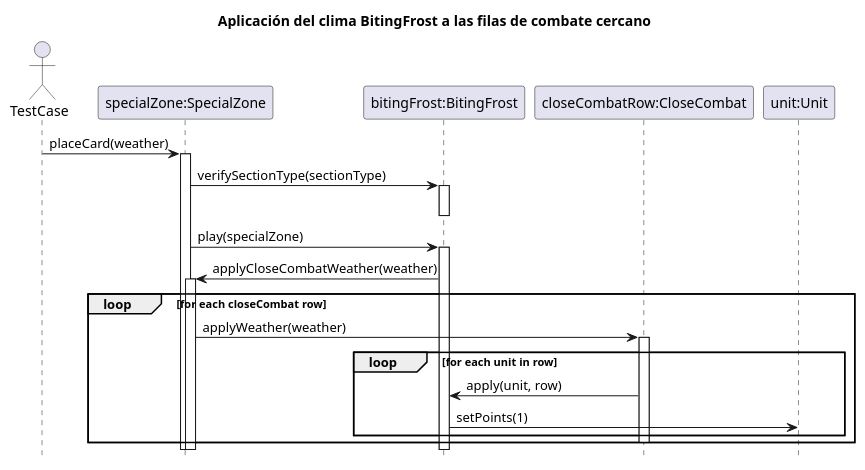
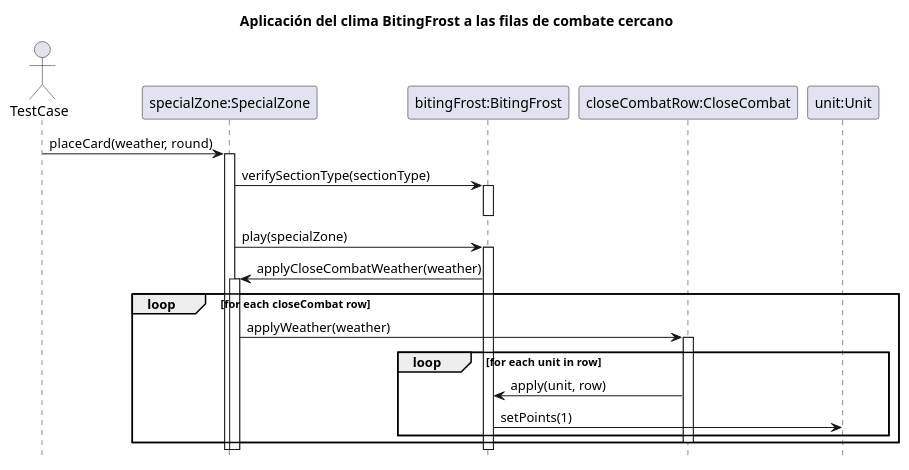
Before and after one commit to Yonhir/algo3_proyecto_base_tp2: the diagram in diagrams/sequences/AplicarClima.plantuml, drawn with PlantUML. The commit also changed 1 other file, not shown here.

```diff
--- a/diagrams/sequences/AplicarClima.plantuml
+++ b/diagrams/sequences/AplicarClima.plantuml
@@ -1,35 +1,35 @@
 @startuml
 
 hide footbox
 title Aplicación del clima BitingFrost a las filas de combate cercano
 
 actor TestCase
 
 participant "specialZone:SpecialZone" as specialZone
 participant "bitingFrost:BitingFrost" as weather
 participant "closeCombatRow:CloseCombat" as row
 participant "unit:Unit" as unit
 
-TestCase -> specialZone: placeCard(weather)
+TestCase -> specialZone: placeCard(weather, round)
     activate specialZone
     specialZone -> weather: verifySectionType(sectionType)
         activate weather
         deactivate weather
     specialZone -> weather: play(specialZone)
         activate weather
         weather -> specialZone: applyCloseCombatWeather(weather)
             activate specialZone
             loop for each closeCombat row
                 specialZone -> row: applyWeather(weather)
                     activate row
                     loop for each unit in row
                         row -> weather: apply(unit, row)
                             weather -> unit: setPoints(1)
                     end
                     deactivate row
             end
             deactivate specialZone
         deactivate weather
     deactivate specialZone
 
 @enduml 
```
